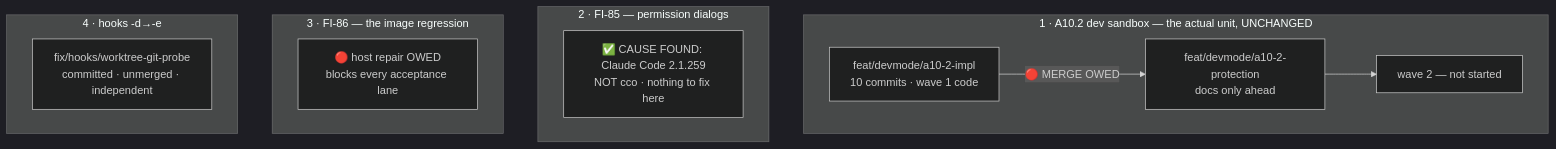
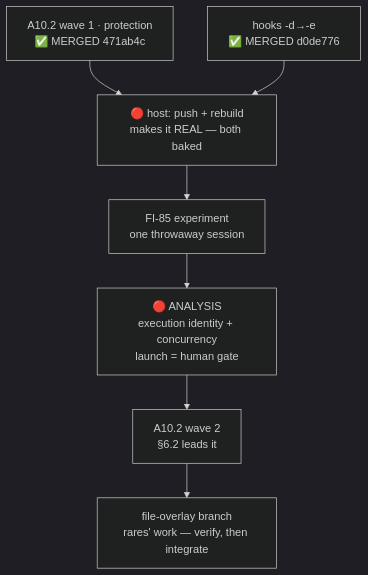
One commit to alergyonthestage/claude-orchestrator changed the diagram in docs/maintainers/handoff.md. Above: the diagram before and after it, drawn with Mermaid (dark theme). The commit also changed other lines of this file, not shown here.

First line of the commit message:
docs(handoff): wave 1 is merged, and the next unit is the analysis, not wave 2

````diff
--- a/docs/maintainers/handoff.md
+++ b/docs/maintainers/handoff.md
@@ -35,16 +15,9 @@
 ```mermaid
 flowchart TB
-    subgraph L1["1 · A10.2 dev sandbox — the actual unit, UNCHANGED"]
-      I["feat/devmode/a10-2-impl<br/>10 commits · wave 1 code"] -->|"🔴 MERGE OWED"| U["feat/devmode/a10-2-protection<br/>docs only ahead"]
-      U --> W2["wave 2 — not started"]
-    end
-    subgraph L2["2 · FI-85 — permission dialogs"]
-      F["✅ CAUSE FOUND: Claude Code 2.1.259<br/>NOT cco · nothing to fix here"]
-    end
-    subgraph L3["3 · FI-86 — the image regression"]
-      G["🔴 host repair OWED<br/>blocks every acceptance lane"]
-    end
-    subgraph L4["4 · hooks -d→-e"]
-      H["fix/hooks/worktree-git-probe<br/>committed · unmerged · independent"]
-    end
+    W1["A10.2 wave 1 · protection<br/>✅ MERGED 471ab4c"] --> HOST["🔴 host: push + rebuild<br/>makes it REAL — both baked"]
+    HK["hooks -d→-e<br/>✅ MERGED d0de776"] --> HOST
+    HOST --> EXP["FI-85 experiment<br/>one throwaway session"]
+    EXP --> AN["🔴 ANALYSIS<br/>execution identity + concurrency<br/>launch = human gate"]
+    AN --> W2["A10.2 wave 2<br/>§6.2 leads it"]
+    W2 --> OV["file-overlay branch<br/>rares' work — verify, then integrate"]
 ```
````
